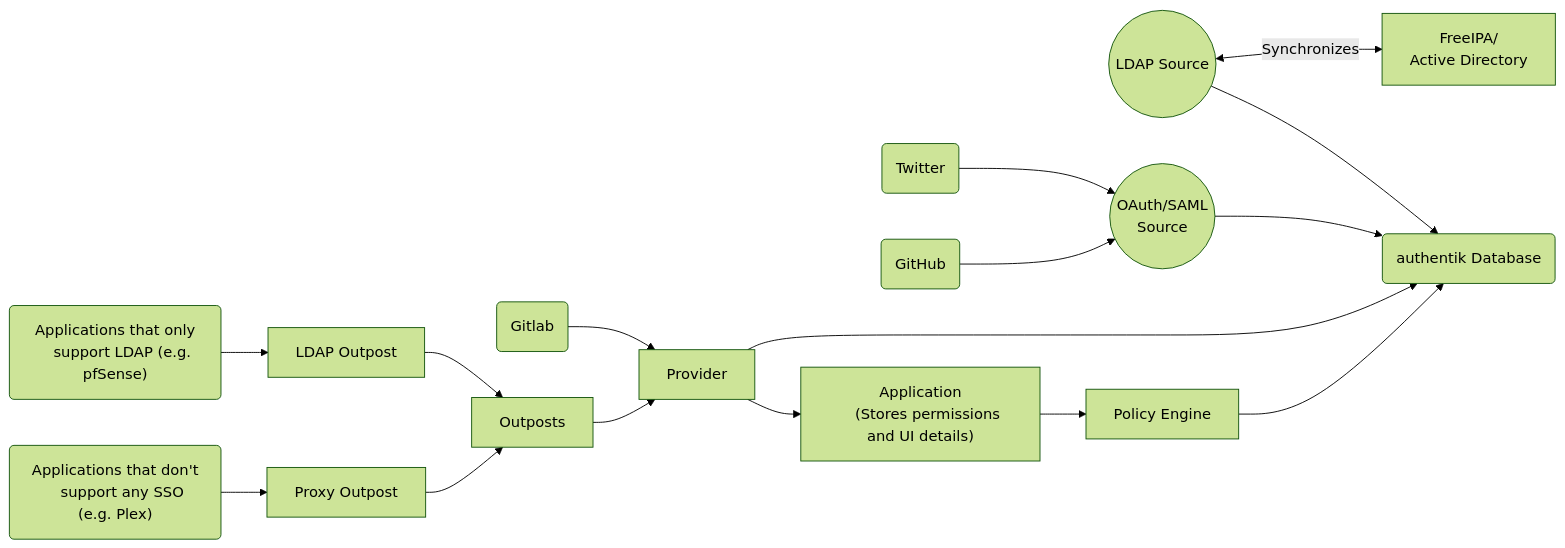
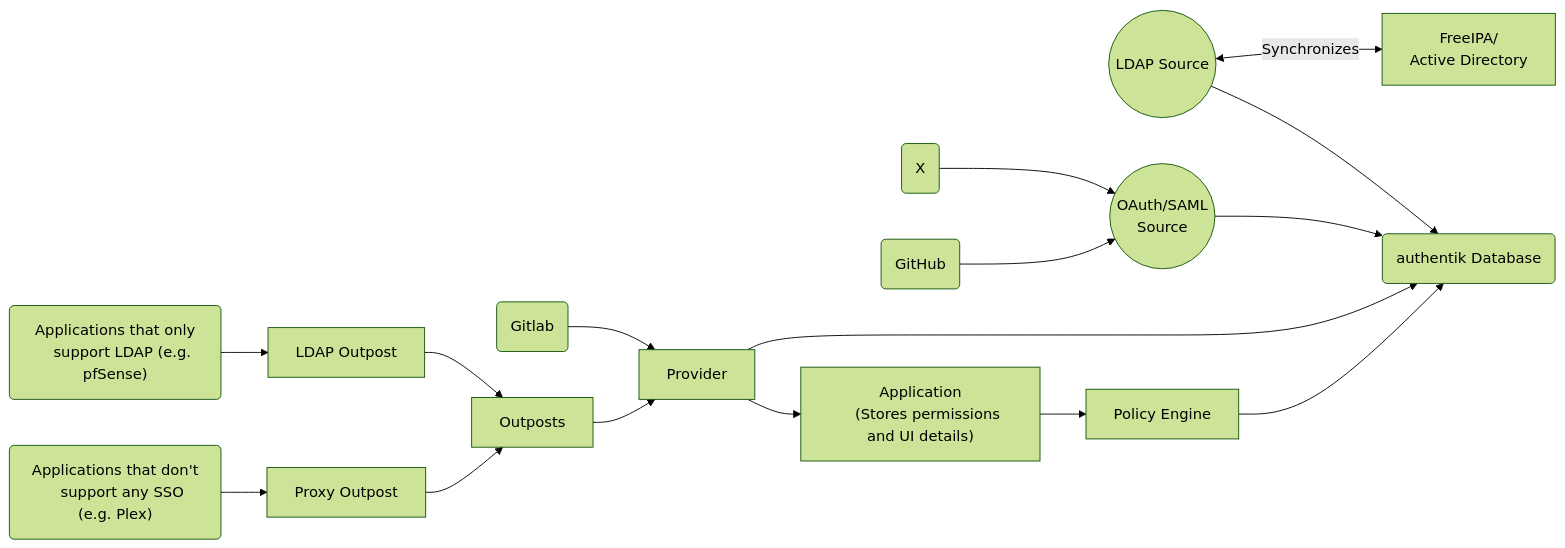
Before and after one commit to goauthentik/authentik: the diagram in website/docs/core/terminology.md, drawn with Mermaid (forest theme). The commit also changed 36 other files, not shown here.

````diff
--- a/website/docs/core/terminology.md
+++ b/website/docs/core/terminology.md
@@ -7,24 +7,24 @@
 ```mermaid
 graph LR
     source_ldap((LDAP Source)) <-->|Synchronizes| datasource_ldap["FreeIPA/
     Active Directory"]
-    datasource_oauth1(Twitter) --> source_oauth((OAuth/SAML\nSource))
+    datasource_oauth1(X) --> source_oauth((OAuth/SAML\nSource))
     datasource_oauth2(GitHub) --> source_oauth((OAuth/SAML\nSource))
     source_oauth --> authentik_db(authentik Database)
     source_ldap --> authentik_db(authentik Database)
 
     app_sso(Gitlab) --> authentik_provider[Provider]
     authentik_provider --> authentik_db
     authentik_provider --> authentik_app["Application
     (Stores permissions and UI details)"]
     authentik_app --> authentik_policy_engine[Policy Engine]
     authentik_policy_engine --> authentik_db
 
     app_ldap("Applications that only
     support LDAP (e.g. pfSense)") --> authentik_outpost_ldap[LDAP Outpost]
     app_proxy("Applications that don't
     support any SSO (e.g. Plex)") --> authentik_outpost_proxy[Proxy Outpost]
     authentik_outpost_ldap --> authentik_outposts[Outposts]
     authentik_outpost_proxy --> authentik_outposts[Outposts]
     authentik_outposts --> authentik_provider
 ```
````
